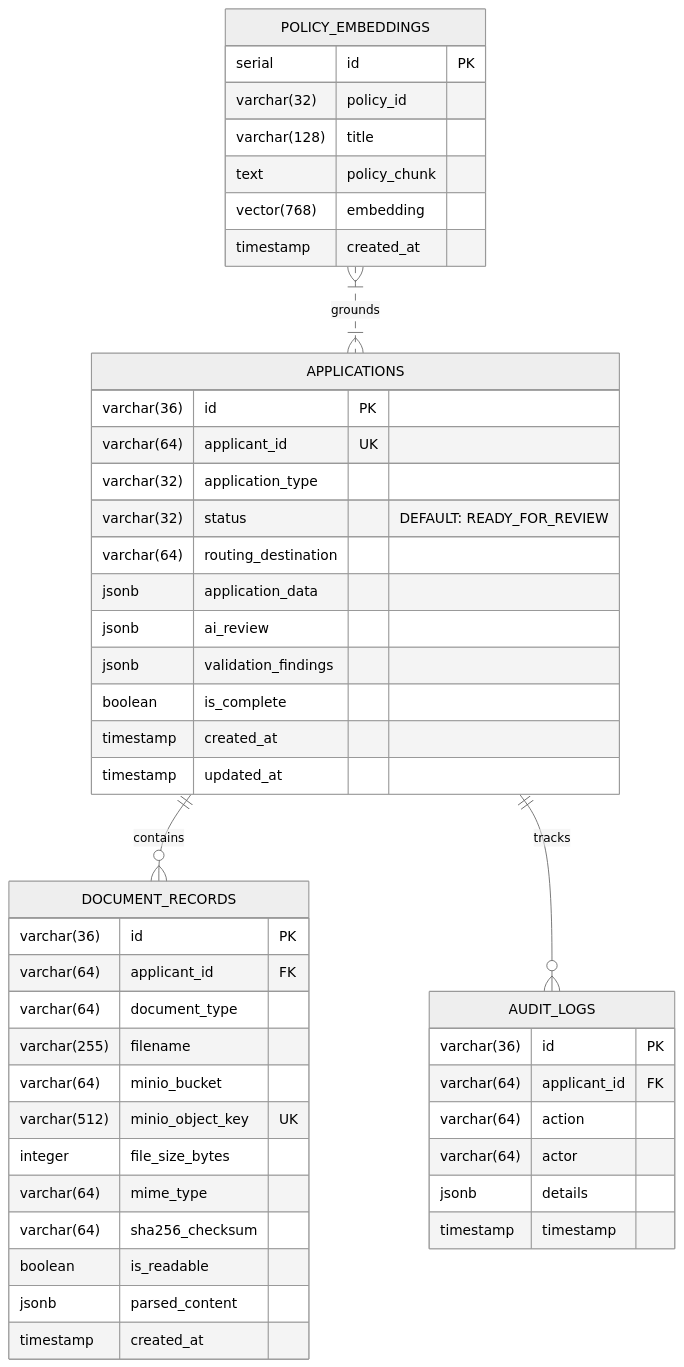
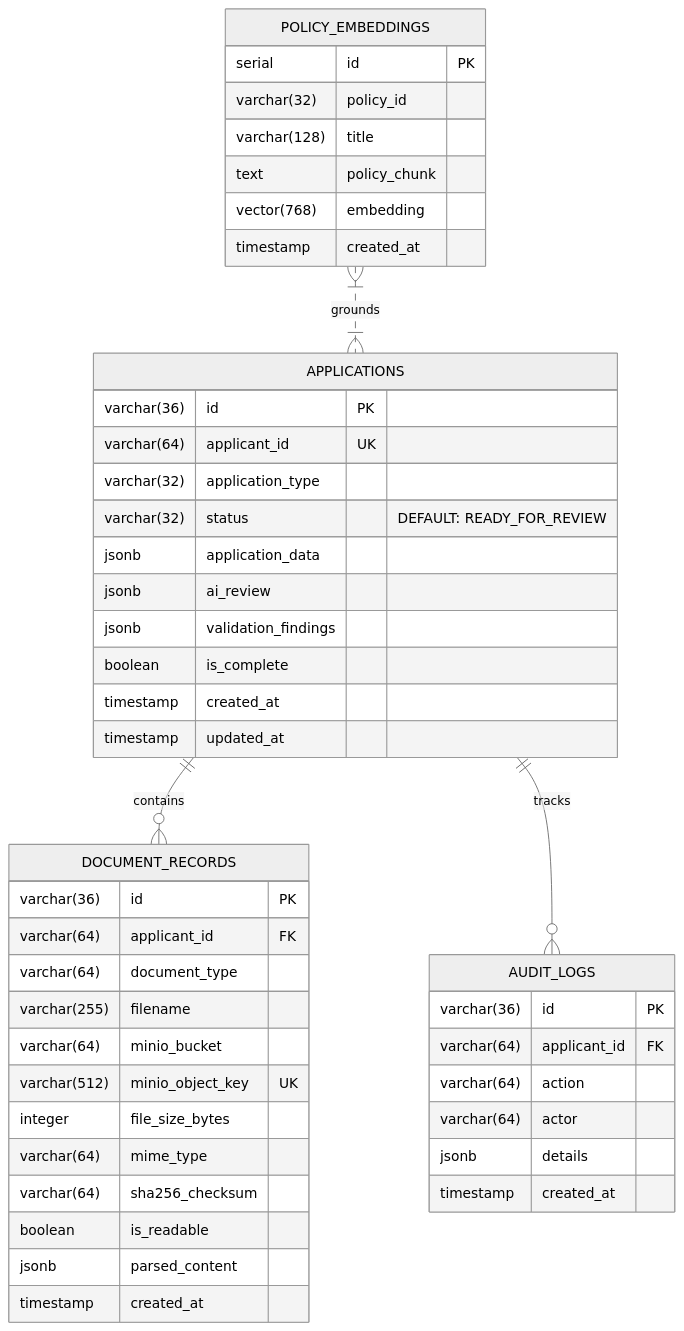
One commit to kappasprouts/MSA8770-Fall2026 changed the diagram in docs/data_dictionary/database_schemas.md. Above: the diagram before and after it, drawn with Mermaid (neutral theme). The commit also changed other lines of this file and 29 other files, not shown here.

Commit message:
Schema consistency (ordering, types, redudancy); New status separating missing docs vs missing fields; Write audit logs into PostgreSQL.

````diff
--- a/docs/data_dictionary/database_schemas.md
+++ b/docs/data_dictionary/database_schemas.md
@@ -10,53 +22,52 @@
 ```mermaid
 erDiagram
     APPLICATIONS ||--o{ DOCUMENT_RECORDS : "contains"
     APPLICATIONS ||--o{ AUDIT_LOGS : "tracks"
     POLICY_EMBEDDINGS }|..|{ APPLICATIONS : "grounds"
 
     APPLICATIONS {
         varchar(36) id PK
         varchar(64) applicant_id UK
         varchar(32) application_type
         varchar(32) status "DEFAULT: READY_FOR_REVIEW"
-        varchar(64) routing_destination
         jsonb application_data
         jsonb ai_review
         jsonb validation_findings
         boolean is_complete
         timestamp created_at
         timestamp updated_at
     }
 
     DOCUMENT_RECORDS {
         varchar(36) id PK
         varchar(64) applicant_id FK
         varchar(64) document_type
         varchar(255) filename
         varchar(64) minio_bucket
         varchar(512) minio_object_key UK
         integer file_size_bytes
         varchar(64) mime_type
         varchar(64) sha256_checksum
         boolean is_readable
         jsonb parsed_content
         timestamp created_at
     }
 
     AUDIT_LOGS {
         varchar(36) id PK
         varchar(64) applicant_id FK
         varchar(64) action
         varchar(64) actor
         jsonb details
-        timestamp timestamp
+        timestamp created_at
     }
 
     POLICY_EMBEDDINGS {
         serial id PK
         varchar(32) policy_id
         varchar(128) title
         text policy_chunk
         vector(768) embedding
         timestamp created_at
     }
 ```
````
